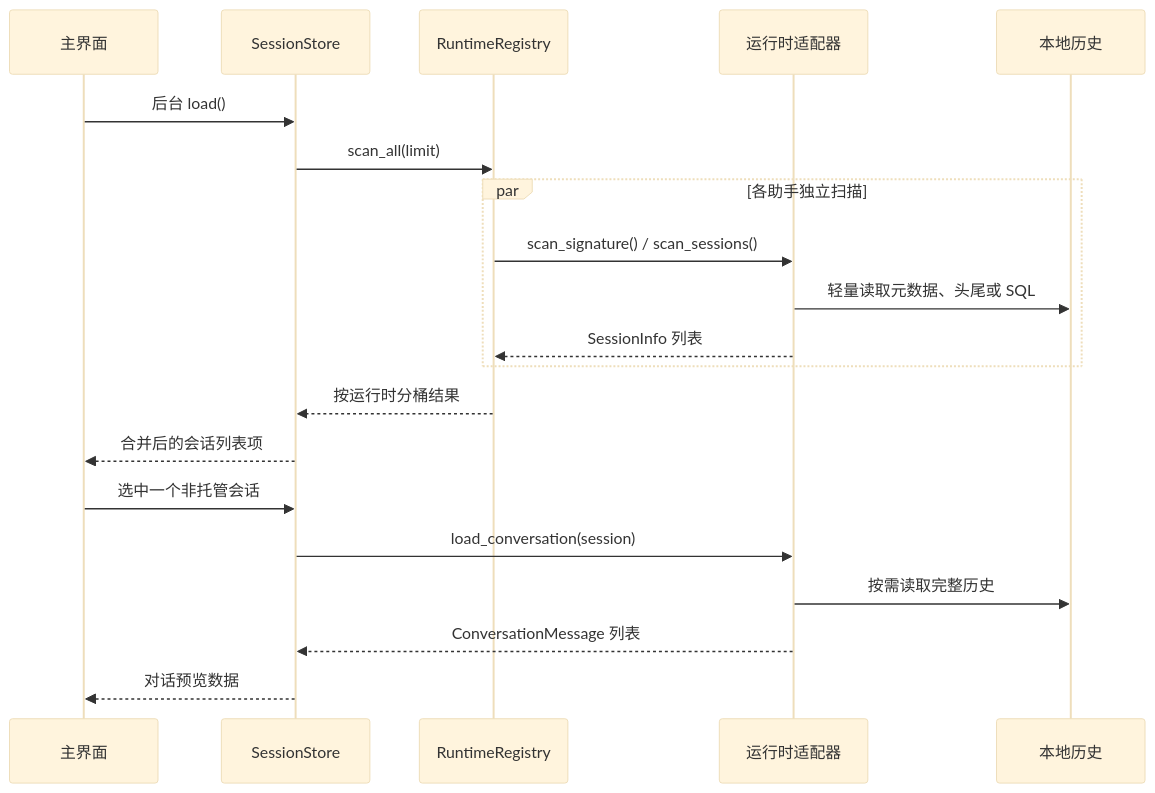
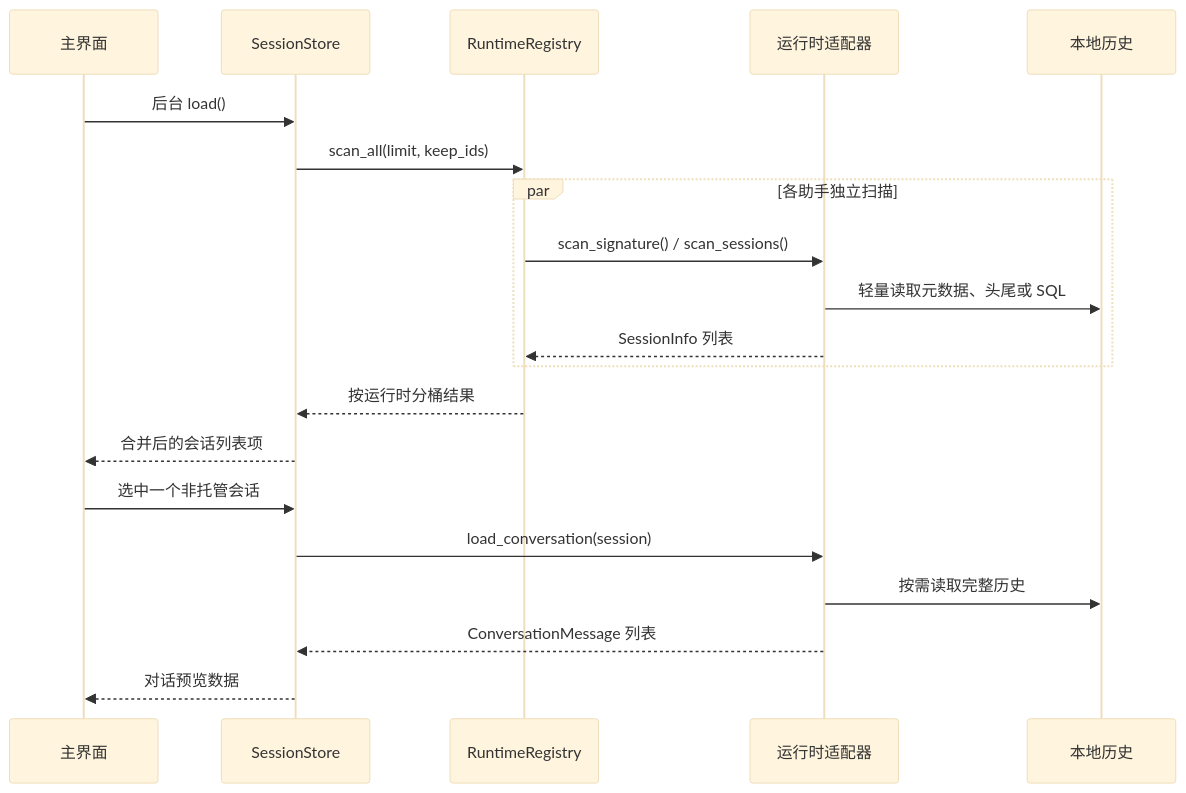
The second of 3 diagrams in docs/SESSION_SCANNING_KNOWLEDGE_BASE.md (x0c/corral), drawn with Mermaid (base theme) before and after one commit. The commit also changed other lines of this file and 26 other files, not shown here.

````diff
--- a/docs/SESSION_SCANNING_KNOWLEDGE_BASE.md
+++ b/docs/SESSION_SCANNING_KNOWLEDGE_BASE.md
@@ -70,23 +70,23 @@
 ```mermaid
 sequenceDiagram
     participant UI as 主界面
     participant Store as SessionStore
     participant Registry as RuntimeRegistry
     participant Adapter as 运行时适配器
     participant History as 本地历史
 
     UI->>Store: 后台 load()
-    Store->>Registry: scan_all(limit)
+    Store->>Registry: scan_all(limit, keep_ids)
     par 各助手独立扫描
         Registry->>Adapter: scan_signature() / scan_sessions()
         Adapter->>History: 轻量读取元数据、头尾或 SQL
         Adapter-->>Registry: SessionInfo 列表
     end
     Registry-->>Store: 按运行时分桶结果
     Store-->>UI: 合并后的会话列表项
     UI->>Store: 选中一个非托管会话
     Store->>Adapter: load_conversation(session)
     Adapter->>History: 按需读取完整历史
     Adapter-->>Store: ConversationMessage 列表
     Store-->>UI: 对话预览数据
 ```
````
